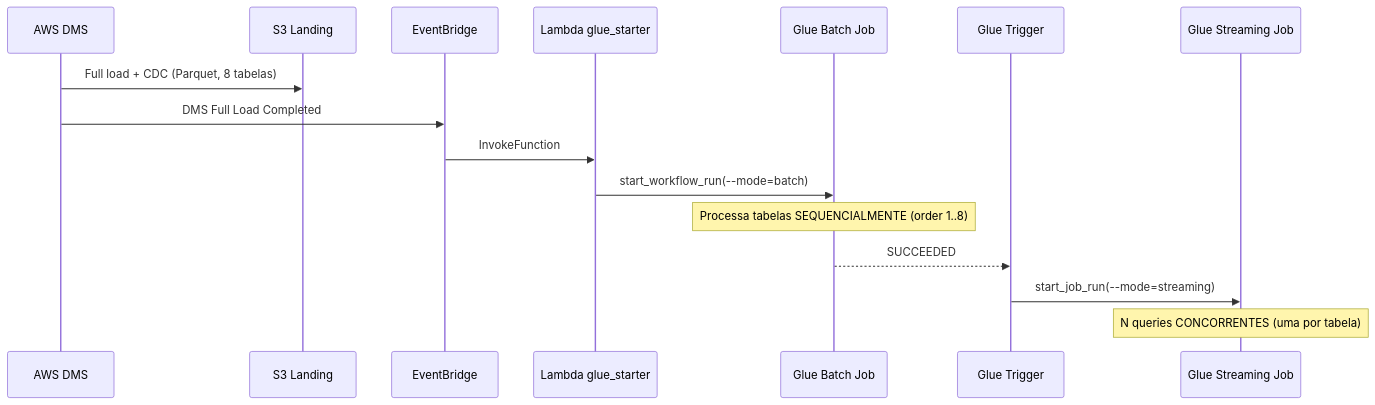
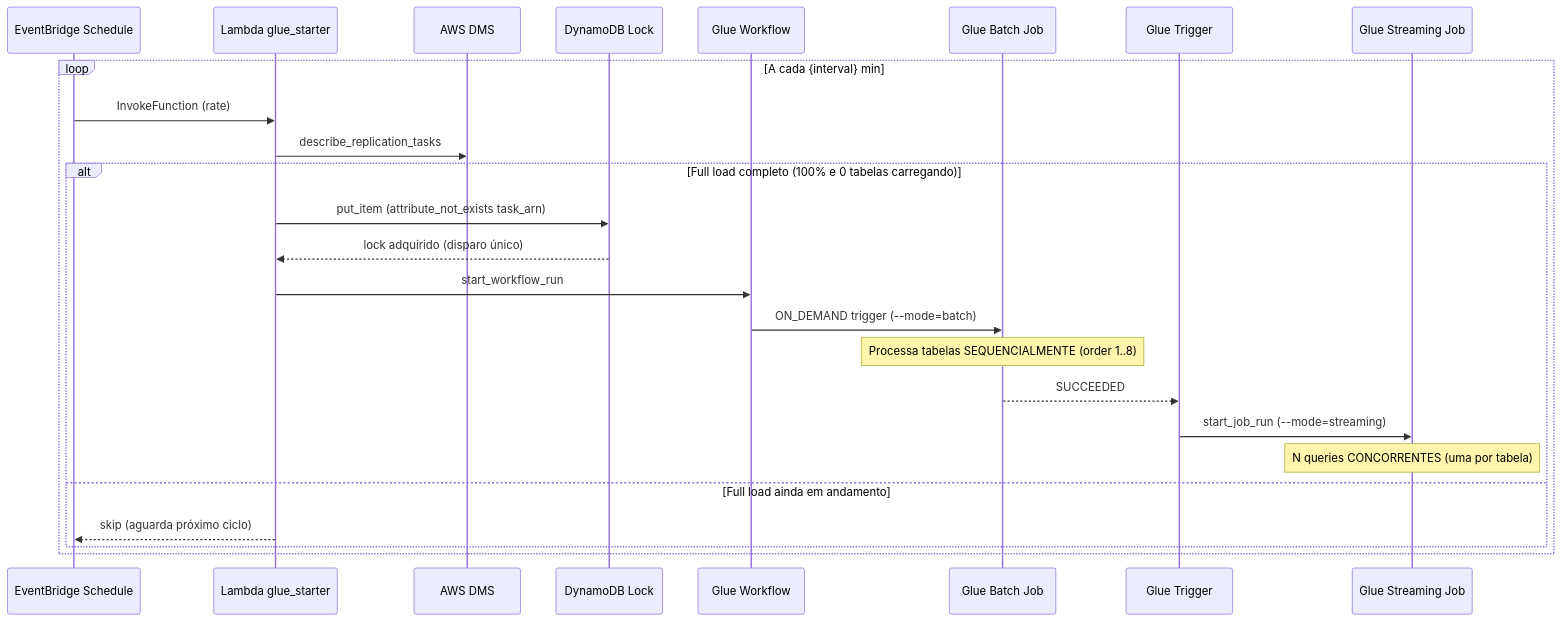
Before and after one commit to jamilvilela/aws-streaming-flight-radar-glue: the second of 2 diagrams in docs-sdd/arquitetura.md, drawn with Mermaid. The commit also changed other lines of this file and 18 other files, not shown here.

First line of the commit message:
feat: refactor Glue workflow trigger to use EventBridge schedule and add DynamoDB lock

````diff
--- a/docs-sdd/arquitetura.md
+++ b/docs-sdd/arquitetura.md
@@ -243,19 +169,28 @@
 ```mermaid
 sequenceDiagram
+    participant SCHED as EventBridge Schedule
+    participant LAMBDA as Lambda glue_starter
     participant DMS as AWS DMS
-    participant LAND as S3 Landing
-    participant EB as EventBridge
-    participant LAMBDA as Lambda glue_starter
+    participant LOCK as DynamoDB Lock
+    participant WF as Glue Workflow
     participant BATCH as Glue Batch Job
     participant TRIG as Glue Trigger
     participant STREAM as Glue Streaming Job
 
-    DMS->>LAND: Full load + CDC (Parquet, 8 tabelas)
-    DMS->>EB: DMS Full Load Completed
-    EB->>LAMBDA: InvokeFunction
-    LAMBDA->>BATCH: start_workflow_run(--mode=batch)
-    Note over BATCH: Processa tabelas SEQUENCIALMENTE (order 1..8)
-    BATCH-->>TRIG: SUCCEEDED
-    TRIG->>STREAM: start_job_run(--mode=streaming)
-    Note over STREAM: N queries CONCORRENTES (uma por tabela)
+    loop A cada {interval} min
+        SCHED->>LAMBDA: InvokeFunction (rate)
+        LAMBDA->>DMS: describe_replication_tasks
+        alt Full load completo (100% e 0 tabelas carregando)
+            LAMBDA->>LOCK: put_item (attribute_not_exists task_arn)
+            LOCK-->>LAMBDA: lock adquirido (disparo único)
+            LAMBDA->>WF: start_workflow_run
+            WF->>BATCH: ON_DEMAND trigger (--mode=batch)
+            Note over BATCH: Processa tabelas SEQUENCIALMENTE (order 1..8)
+            BATCH-->>TRIG: SUCCEEDED
+            TRIG->>STREAM: start_job_run (--mode=streaming)
+            Note over STREAM: N queries CONCORRENTES (uma por tabela)
+        else Full load ainda em andamento
+            LAMBDA-->>SCHED: skip (aguarda próximo ciclo)
+        end
+    end
 ```
````
